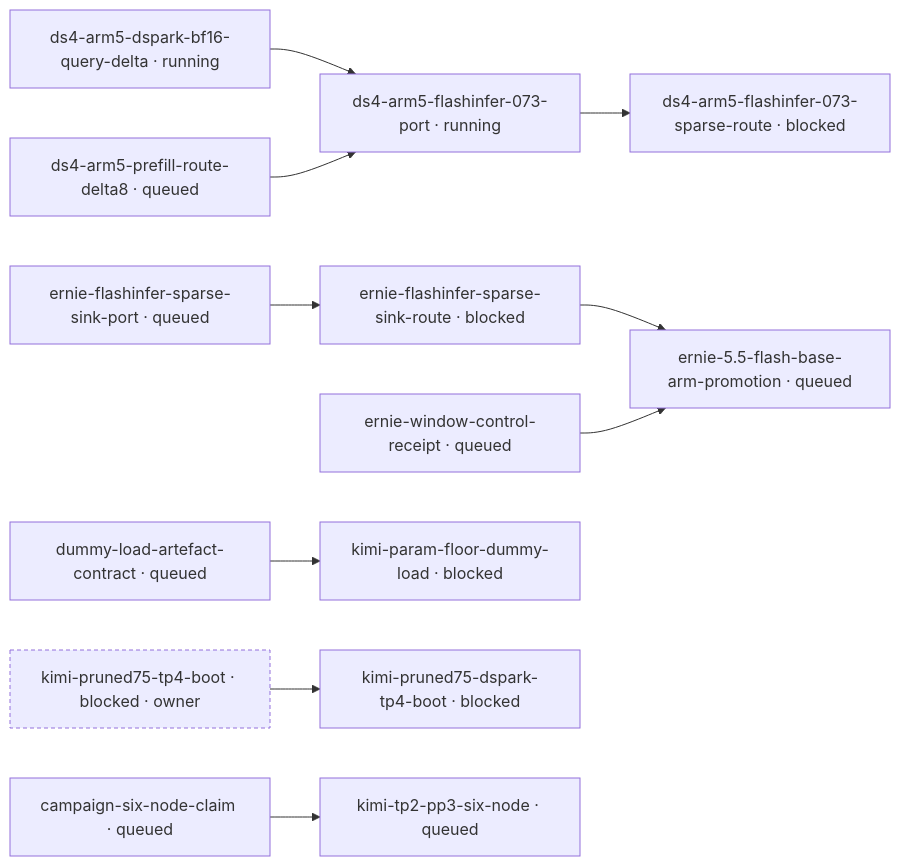
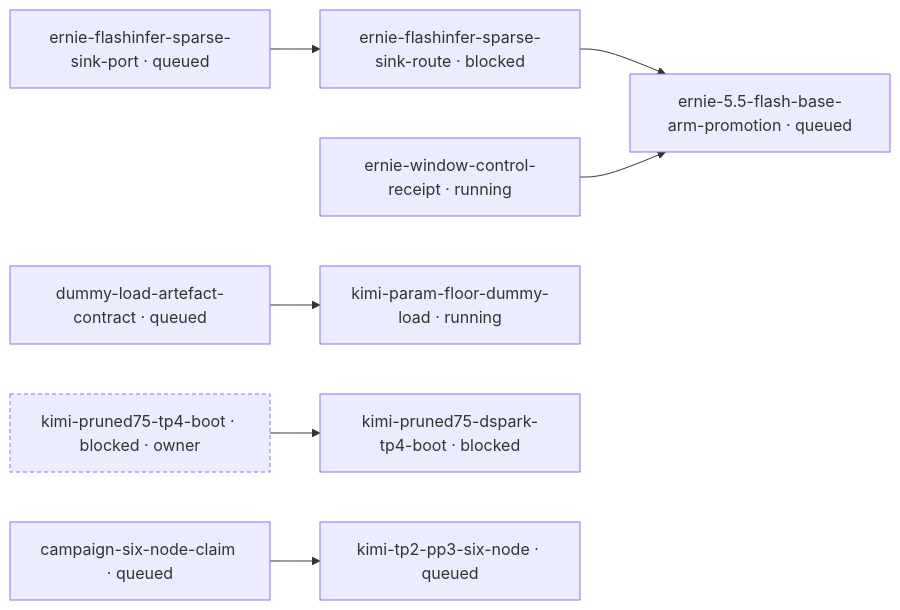
Before and after one commit to littlecedar/sparkrun-recipe-registry: the diagram in mad-science/STATUS.md, drawn with Mermaid. The commit also changed other lines of this file and 1 other file, not shown here.

````diff
--- a/mad-science/STATUS.md
+++ b/mad-science/STATUS.md
@@ -19,28 +20,21 @@
 ```mermaid
 flowchart LR
-  %% 12 blocked, 9 edges, 8 prose-gated, 0 question-gated, 0 question, 36 rows not drawn (--all)
+  %% 10 blocked, 6 edges, 8 prose-gated, 0 question-gated, 0 question, 38 rows not drawn (--all)
   t1["campaign-six-node-claim · queued"]
-  t2["ds4-arm5-dspark-bf16-query-delta · running"]
-  t3["ds4-arm5-flashinfer-073-port · running"]
-  t4["ds4-arm5-flashinfer-073-sparse-route · blocked"]
-  t5["ds4-arm5-prefill-route-delta8 · queued"]
-  t6["dummy-load-artefact-contract · queued"]
-  t7["ernie-5.5-flash-base-arm-promotion · queued"]
-  t8["ernie-flashinfer-sparse-sink-port · queued"]
-  t9["ernie-flashinfer-sparse-sink-route · blocked"]
-  t10["ernie-window-control-receipt · queued"]
-  t11["kimi-param-floor-dummy-load · blocked"]
-  t12["kimi-pruned75-dspark-tp4-boot · blocked"]
-  t13["kimi-pruned75-tp4-boot · blocked · owner"]:::no-recorded-edge
-  t14["kimi-tp2-pp3-six-node · queued"]
-  t1 --> t14
-  t2 --> t3
-  t3 --> t4
+  t2["dummy-load-artefact-contract · queued"]
+  t3["ernie-5.5-flash-base-arm-promotion · queued"]
+  t4["ernie-flashinfer-sparse-sink-port · queued"]
+  t5["ernie-flashinfer-sparse-sink-route · blocked"]
+  t6["ernie-window-control-receipt · running"]
+  t7["kimi-param-floor-dummy-load · running"]
+  t8["kimi-pruned75-dspark-tp4-boot · blocked"]
+  t9["kimi-pruned75-tp4-boot · blocked · owner"]:::no-recorded-edge
+  t10["kimi-tp2-pp3-six-node · queued"]
+  t1 --> t10
+  t2 --> t7
+  t4 --> t5
   t5 --> t3
-  t6 --> t11
-  t8 --> t9
-  t9 --> t7
-  t10 --> t7
-  t13 --> t12
+  t6 --> t3
+  t9 --> t8
   classDef no-recorded-edge stroke-dasharray: 4 3
 ```
````
